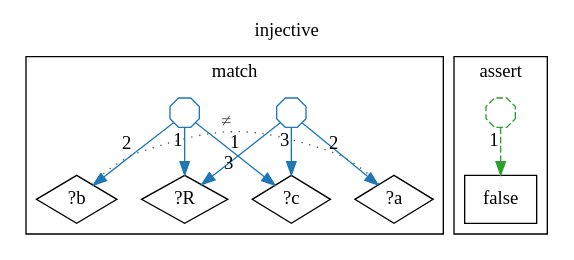
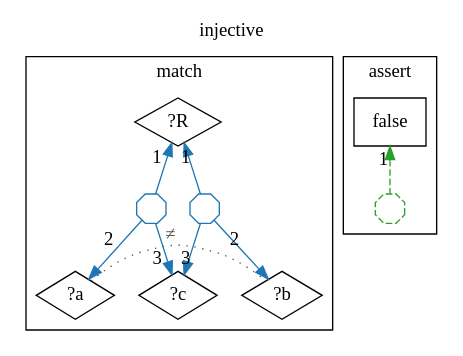
Before and after one commit to agutikov/ein: the diagram in docs/ein/user/04-reference/04-stdlib/diagrams/03-std.algebra.injective.dot, drawn with Graphviz. The commit also changed 1275 other files, not shown here.

```diff
--- a/docs/ein/user/04-reference/04-stdlib/diagrams/03-std.algebra.injective.dot
+++ b/docs/ein/user/04-reference/04-stdlib/diagrams/03-std.algebra.injective.dot
@@ -1,24 +1,24 @@
 digraph rule_injective_lhs_rhs {
   rankdir=TB;
   label="injective"; labelloc=t;
   subgraph cluster_lhs { label="match";
     "?R_L" [label="?R", shape=diamond];
     "?a_L" [label="?a", shape=diamond];
     "?c_L" [label="?c", shape=diamond];
     "?b_L" [label="?b", shape=diamond];
     "h1_R_L" [shape=octagon, label="", width=0.3, height=0.3, fixedsize=true, color="#1f77b4"];
-    "h1_R_L" -> "?R_L" [xlabel="1", color="#1f77b4"];
+    "?R_L" -> "h1_R_L" [xlabel="1", dir=back, color="#1f77b4"];
     "h1_R_L" -> "?a_L" [xlabel="2", color="#1f77b4"];
     "h1_R_L" -> "?c_L" [xlabel="3", color="#1f77b4"];
     "h2_R_L" [shape=octagon, label="", width=0.3, height=0.3, fixedsize=true, color="#1f77b4"];
-    "h2_R_L" -> "?R_L" [xlabel="1", color="#1f77b4"];
+    "?R_L" -> "h2_R_L" [xlabel="1", dir=back, color="#1f77b4"];
     "h2_R_L" -> "?b_L" [xlabel="2", color="#1f77b4"];
     "h2_R_L" -> "?c_L" [xlabel="3", color="#1f77b4"];
     "?a_L" -> "?b_L" [xlabel="≠", dir=none, style=dotted, color="#555555", fontcolor="#555555", constraint=false];
   }
   subgraph cluster_rhs { label="assert";
     "false_R" [label="false", shape=box];
     "h3_false_R" [shape=octagon, label="", width=0.3, height=0.3, fixedsize=true, color="#2ca02c", style=dashed];
-    "h3_false_R" -> "false_R" [xlabel="1", color="#2ca02c", style=dashed];
+    "false_R" -> "h3_false_R" [xlabel="1", dir=back, color="#2ca02c", style=dashed];
   }
 }
```
